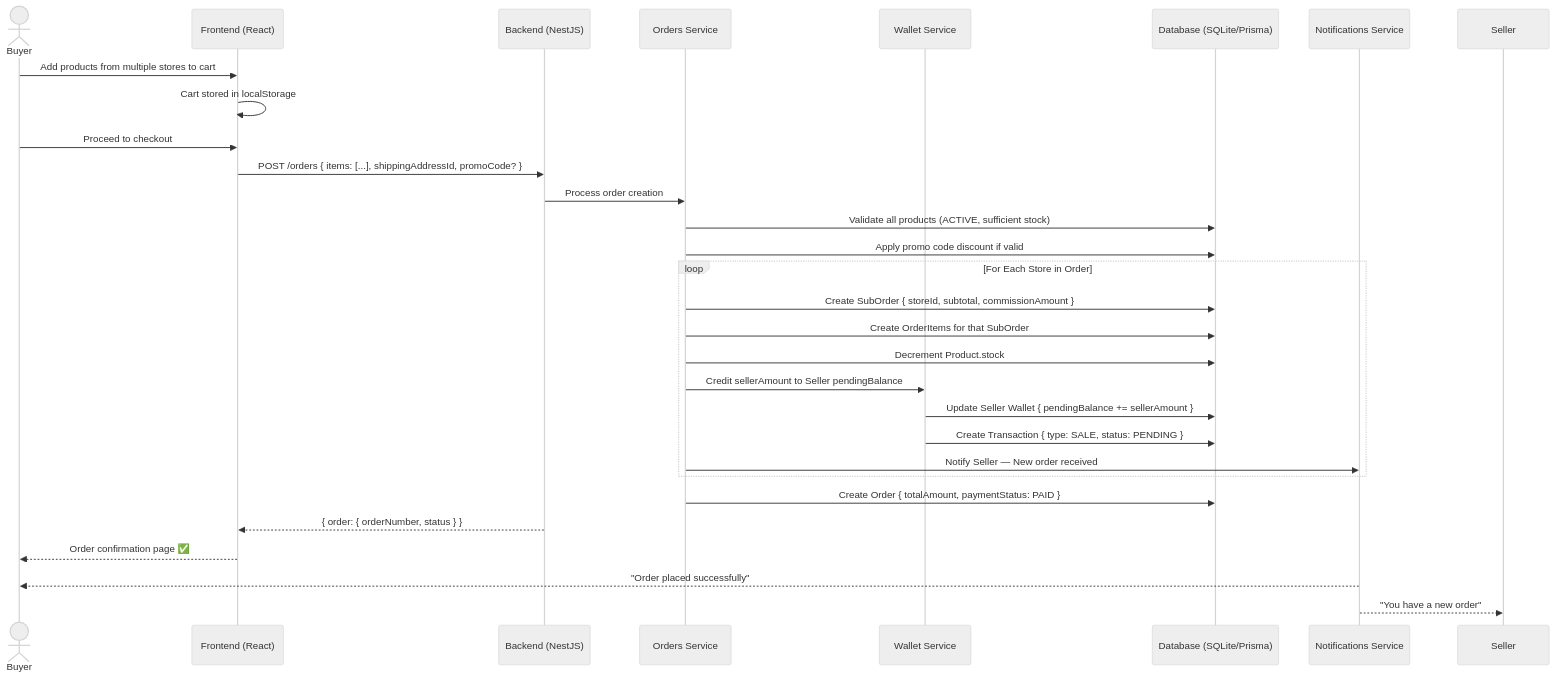
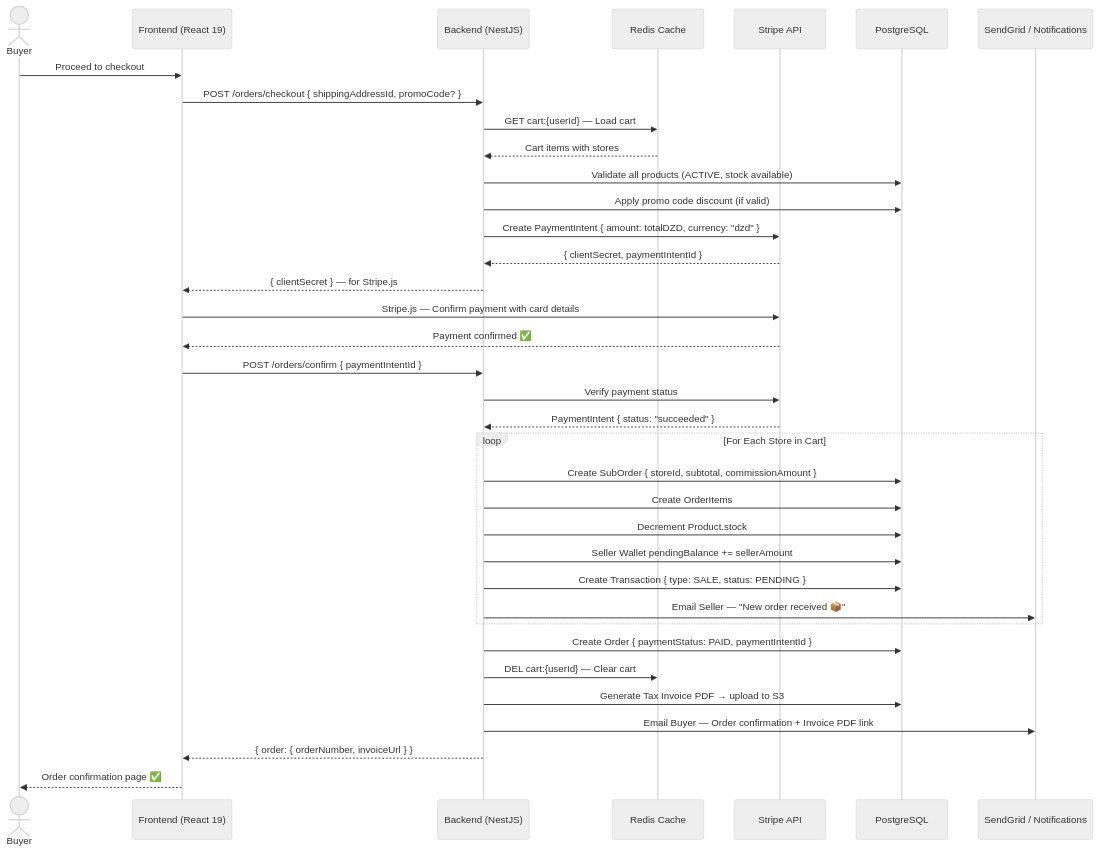
Before and after one commit to tayeb736/prohect12: the fifth of 10 diagrams in diagrams/02_sequence_diagram.md, drawn with Mermaid (neutral theme). The commit also changed other lines of this file and 7 other files, not shown here.

Commit message:
docs: update all UML diagrams — add PostgreSQL, Redis, S3, Stripe, SendGrid, KYC, Swagger per readme2 & README3

````diff
--- a/diagrams/02_sequence_diagram.md
+++ b/diagrams/02_sequence_diagram.md
@@ -151,37 +156,45 @@
 ```mermaid
 sequenceDiagram
   actor Buyer
-  participant Browser as Frontend (React)
+  participant Browser as Frontend (React 19)
   participant API as Backend (NestJS)
-  participant OrdersSvc as Orders Service
-  participant WalletSvc as Wallet Service
-  participant DB as Database (SQLite/Prisma)
-  participant Notif as Notifications Service
-
-  Buyer->>Browser: Add products from multiple stores to cart
-  Browser->>Browser: Cart stored in localStorage
+  participant Redis as Redis Cache
+  participant Stripe as Stripe API
+  participant DB as PostgreSQL
+  participant Notif as SendGrid / Notifications
 
   Buyer->>Browser: Proceed to checkout
-  Browser->>API: POST /orders { items: [...], shippingAddressId, promoCode? }
-  
-  API->>OrdersSvc: Process order creation
-  OrdersSvc->>DB: Validate all products (ACTIVE, sufficient stock)
-  OrdersSvc->>DB: Apply promo code discount if valid
+  Browser->>API: POST /orders/checkout { shippingAddressId, promoCode? }
+  API->>Redis: GET cart:{userId} — Load cart
+  Redis-->>API: Cart items with stores
 
-  loop For Each Store in Order
-    OrdersSvc->>DB: Create SubOrder { storeId, subtotal, commissionAmount }
-    OrdersSvc->>DB: Create OrderItems for that SubOrder
-    OrdersSvc->>DB: Decrement Product.stock
-    OrdersSvc->>WalletSvc: Credit sellerAmount to Seller pendingBalance
-    WalletSvc->>DB: Update Seller Wallet { pendingBalance += sellerAmount }
-    WalletSvc->>DB: Create Transaction { type: SALE, status: PENDING }
-    OrdersSvc->>Notif: Notify Seller — New order received
+  API->>DB: Validate all products (ACTIVE, stock available)
+  API->>DB: Apply promo code discount (if valid)
+
+  API->>Stripe: Create PaymentIntent { amount: totalDZD, currency: "dzd" }
+  Stripe-->>API: { clientSecret, paymentIntentId }
+  API-->>Browser: { clientSecret } — for Stripe.js
+
+  Browser->>Stripe: Stripe.js — Confirm payment with card details
+  Stripe-->>Browser: Payment confirmed ✅
+
+  Browser->>API: POST /orders/confirm { paymentIntentId }
+  API->>Stripe: Verify payment status
+  Stripe-->>API: PaymentIntent { status: "succeeded" }
+
+  loop For Each Store in Cart
+    API->>DB: Create SubOrder { storeId, subtotal, commissionAmount }
+    API->>DB: Create OrderItems
+    API->>DB: Decrement Product.stock
+    API->>DB: Seller Wallet pendingBalance += sellerAmount
+    API->>DB: Create Transaction { type: SALE, status: PENDING }
+    API->>Notif: Email Seller — "New order received 📦"
   end
 
-  OrdersSvc->>DB: Create Order { totalAmount, paymentStatus: PAID }
-  API-->>Browser: { order: { orderNumber, status } }
+  API->>DB: Create Order { paymentStatus: PAID, paymentIntentId }
+  API->>Redis: DEL cart:{userId} — Clear cart
+  API->>DB: Generate Tax Invoice PDF → upload to S3
+  API->>Notif: Email Buyer — Order confirmation + Invoice PDF link
+  API-->>Browser: { order: { orderNumber, invoiceUrl } }
   Browser-->>Buyer: Order confirmation page ✅
-
-  Notif-->>Buyer: "Order placed successfully"
-  Notif-->>Seller: "You have a new order"
 ```
````
